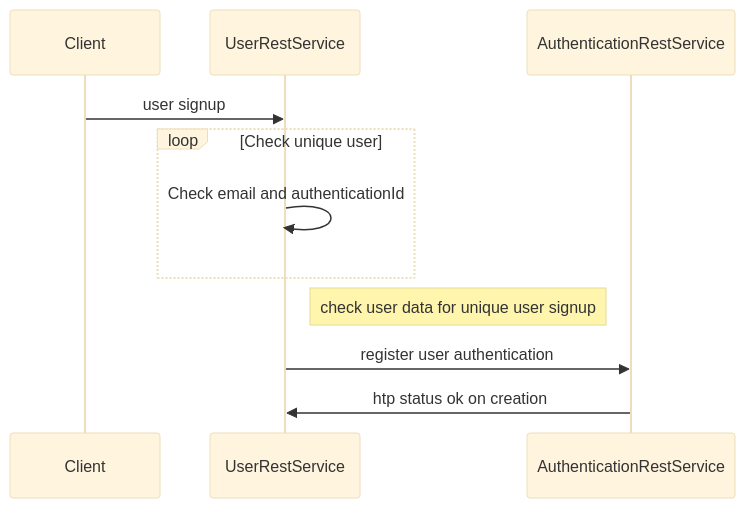
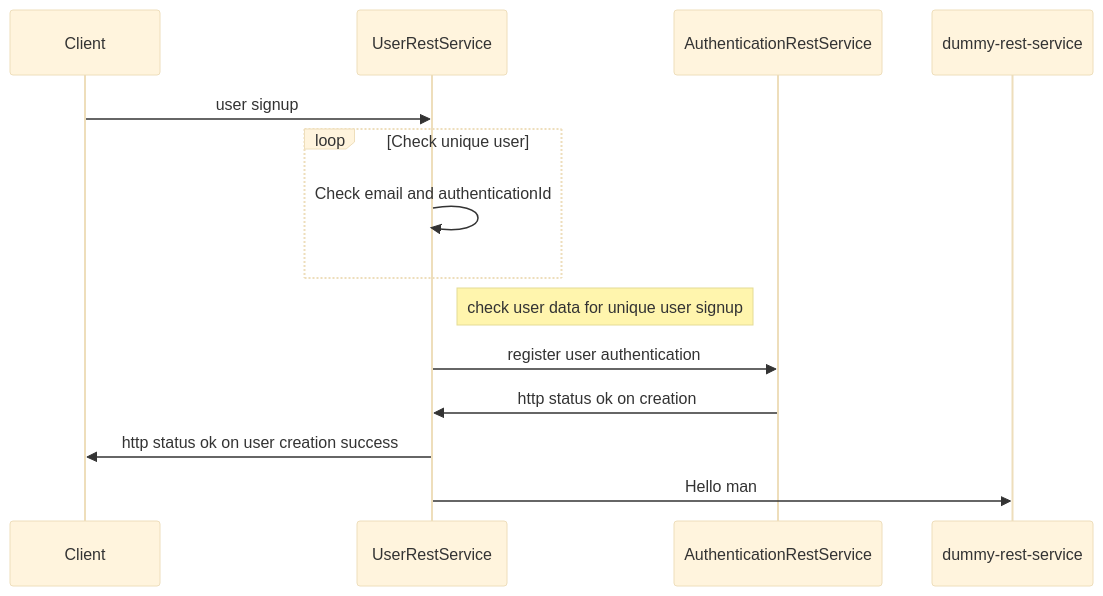
Before and after one commit to sonamsamdupkhangsar/user-rest-service: the third of 4 diagrams in README.md, drawn with Mermaid (base theme).

Commit message:
test readme

````diff
--- a/README.md
+++ b/README.md
@@ -94,13 +94,15 @@
 ```mermaid 
 sequenceDiagram
     participant Client
     participant UserRestService
     participant AuthenticationRestService
     Client->>UserRestService: user signup
     loop Check unique user
         UserRestService->>UserRestService: Check email and authenticationId 
     end
     Note right of UserRestService: check user data for unique user signup
     UserRestService ->> AuthenticationRestService: register user authentication
-    AuthenticationRestService ->> UserRestService: htp status ok on creation
+    AuthenticationRestService ->> UserRestService: http status ok on creation
+    UserRestService ->> Client: http status ok on user creation success
+    UserRestService ->> dummy-rest-service: Hello man
 ```
````
